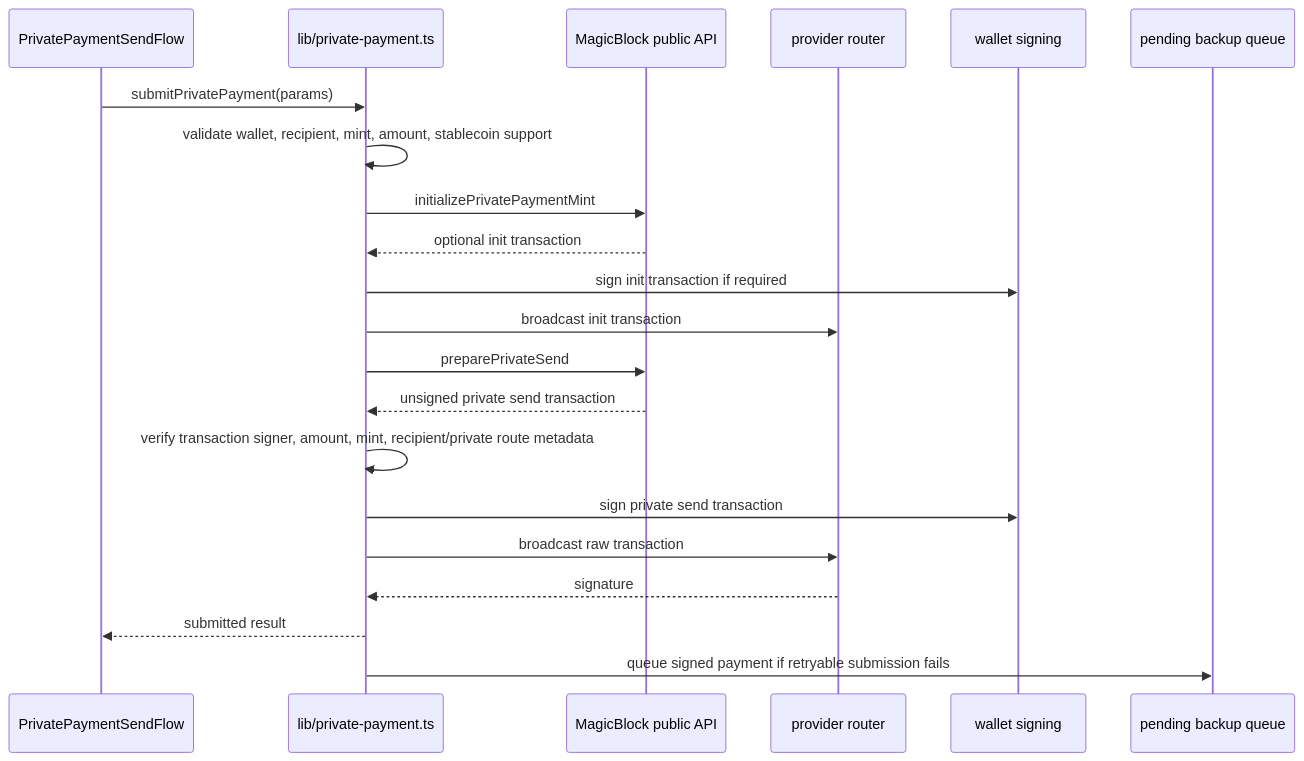
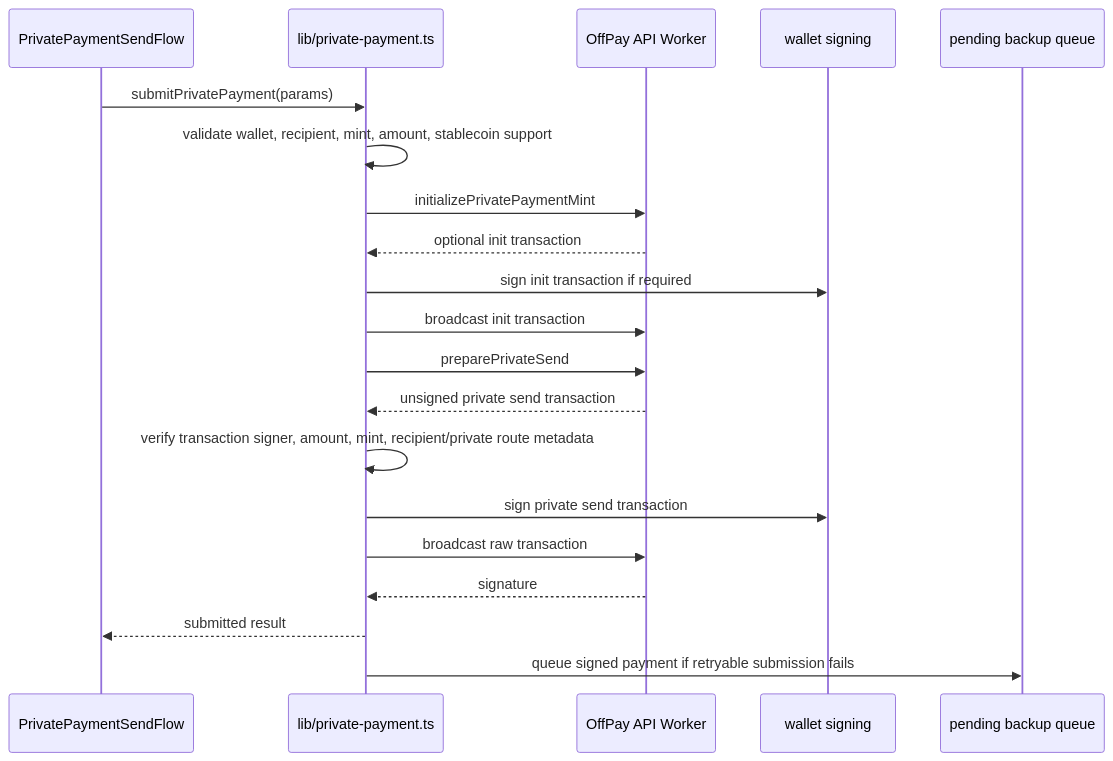
One commit to OffPay-Wallet/OffPay changed the second of 2 diagrams in documentation/private-payments.md. Above: the diagram before and after it, drawn with Mermaid. The commit also changed other lines of this file and 70 other files, not shown here.

First line of the commit message:
feat: centralize OffPay provider APIs in worker

````diff
--- a/documentation/private-payments.md
+++ b/documentation/private-payments.md
@@ -40,24 +40,23 @@
 ```mermaid
 sequenceDiagram
   participant UI as PrivatePaymentSendFlow
   participant Private as lib/private-payment.ts
-  participant MagicBlock as MagicBlock public API
-  participant Providers as provider router
+  participant Worker as OffPay API Worker
   participant Wallet as wallet signing
   participant Queue as pending backup queue
 
   UI->>Private: submitPrivatePayment(params)
   Private->>Private: validate wallet, recipient, mint, amount, stablecoin support
-  Private->>MagicBlock: initializePrivatePaymentMint
-  MagicBlock-->>Private: optional init transaction
+  Private->>Worker: initializePrivatePaymentMint
+  Worker-->>Private: optional init transaction
   Private->>Wallet: sign init transaction if required
-  Private->>Providers: broadcast init transaction
-  Private->>MagicBlock: preparePrivateSend
-  MagicBlock-->>Private: unsigned private send transaction
+  Private->>Worker: broadcast init transaction
+  Private->>Worker: preparePrivateSend
+  Worker-->>Private: unsigned private send transaction
   Private->>Private: verify transaction signer, amount, mint, recipient/private route metadata
   Private->>Wallet: sign private send transaction
-  Private->>Providers: broadcast raw transaction
-  Providers-->>Private: signature
+  Private->>Worker: broadcast raw transaction
+  Worker-->>Private: signature
   Private-->>UI: submitted result
   Private->>Queue: queue signed payment if retryable submission fails
 ```
````
